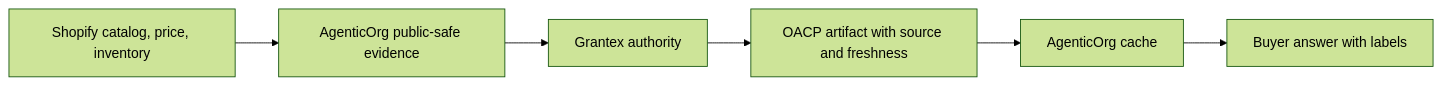
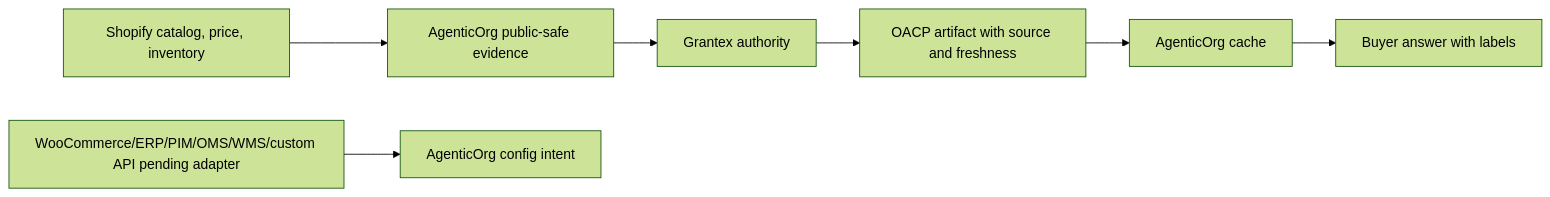
The diagram in docs/guides/oacp/merchant-source-of-record.mdx (mishrasanjeev/grantex), drawn with Mermaid (forest theme) before and after one commit. The commit also changed other lines of this file and 14 other files, not shown here.

````diff
--- a/docs/guides/oacp/merchant-source-of-record.mdx
+++ b/docs/guides/oacp/merchant-source-of-record.mdx
@@ -12,8 +12,9 @@
 ```mermaid
 flowchart LR
   shopify[Shopify catalog, price, inventory] --> evidence[AgenticOrg public-safe evidence]
+  future[WooCommerce/ERP/PIM/OMS/WMS/custom API pending adapter] --> intent[AgenticOrg config intent]
   evidence --> grantex[Grantex authority]
   grantex --> artifact[OACP artifact with source and freshness]
   artifact --> cache[AgenticOrg cache]
   cache --> buyer[Buyer answer with labels]
 ```
````
